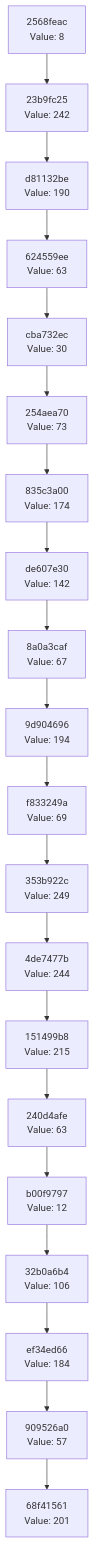
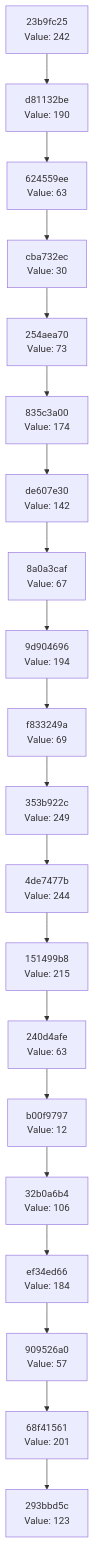
One commit to Abhisheksinha1506/hash-chain-evolver changed the diagram in docs/CHAIN_VISUALIZATION.md. Above: the diagram before and after it, drawn with Mermaid. The commit also changed 1 other file, not shown here.

Commit message:
Evolution step: hash 0x7B → action executed

````diff
--- a/docs/CHAIN_VISUALIZATION.md
+++ b/docs/CHAIN_VISUALIZATION.md
@@ -3,42 +3,42 @@
 ```mermaid
 graph TD
-    C0["68f41561<br/>Value: 201"]
-    C1["909526a0<br/>Value: 57"]
+    C0["293bbd5c<br/>Value: 123"]
+    C1["68f41561<br/>Value: 201"]
     C1 --> C0
-    C2["ef34ed66<br/>Value: 184"]
+    C2["909526a0<br/>Value: 57"]
     C2 --> C1
-    C3["32b0a6b4<br/>Value: 106"]
+    C3["ef34ed66<br/>Value: 184"]
     C3 --> C2
-    C4["b00f9797<br/>Value: 12"]
+    C4["32b0a6b4<br/>Value: 106"]
     C4 --> C3
-    C5["240d4afe<br/>Value: 63"]
+    C5["b00f9797<br/>Value: 12"]
     C5 --> C4
-    C6["151499b8<br/>Value: 215"]
+    C6["240d4afe<br/>Value: 63"]
     C6 --> C5
-    C7["4de7477b<br/>Value: 244"]
+    C7["151499b8<br/>Value: 215"]
     C7 --> C6
-    C8["353b922c<br/>Value: 249"]
+    C8["4de7477b<br/>Value: 244"]
     C8 --> C7
-    C9["f833249a<br/>Value: 69"]
+    C9["353b922c<br/>Value: 249"]
     C9 --> C8
-    C10["9d904696<br/>Value: 194"]
+    C10["f833249a<br/>Value: 69"]
     C10 --> C9
-    C11["8a0a3caf<br/>Value: 67"]
+    C11["9d904696<br/>Value: 194"]
     C11 --> C10
-    C12["de607e30<br/>Value: 142"]
+    C12["8a0a3caf<br/>Value: 67"]
     C12 --> C11
-    C13["835c3a00<br/>Value: 174"]
+    C13["de607e30<br/>Value: 142"]
     C13 --> C12
-    C14["254aea70<br/>Value: 73"]
+    C14["835c3a00<br/>Value: 174"]
     C14 --> C13
-    C15["cba732ec<br/>Value: 30"]
+    C15["254aea70<br/>Value: 73"]
     C15 --> C14
-    C16["624559ee<br/>Value: 63"]
+    C16["cba732ec<br/>Value: 30"]
     C16 --> C15
-    C17["d81132be<br/>Value: 190"]
+    C17["624559ee<br/>Value: 63"]
     C17 --> C16
-    C18["23b9fc25<br/>Value: 242"]
+    C18["d81132be<br/>Value: 190"]
     C18 --> C17
-    C19["2568feac<br/>Value: 8"]
+    C19["23b9fc25<br/>Value: 242"]
     C19 --> C18
 ```
````
